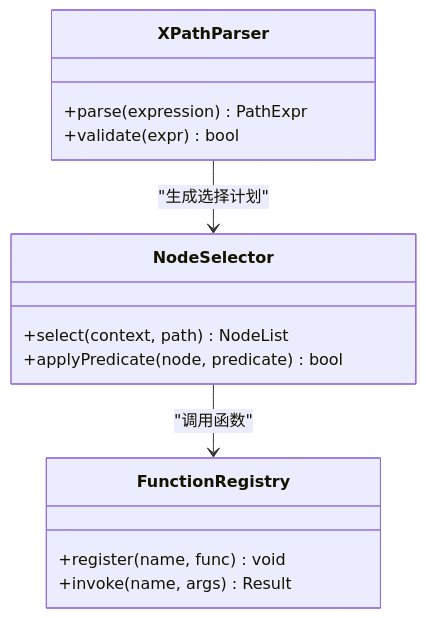
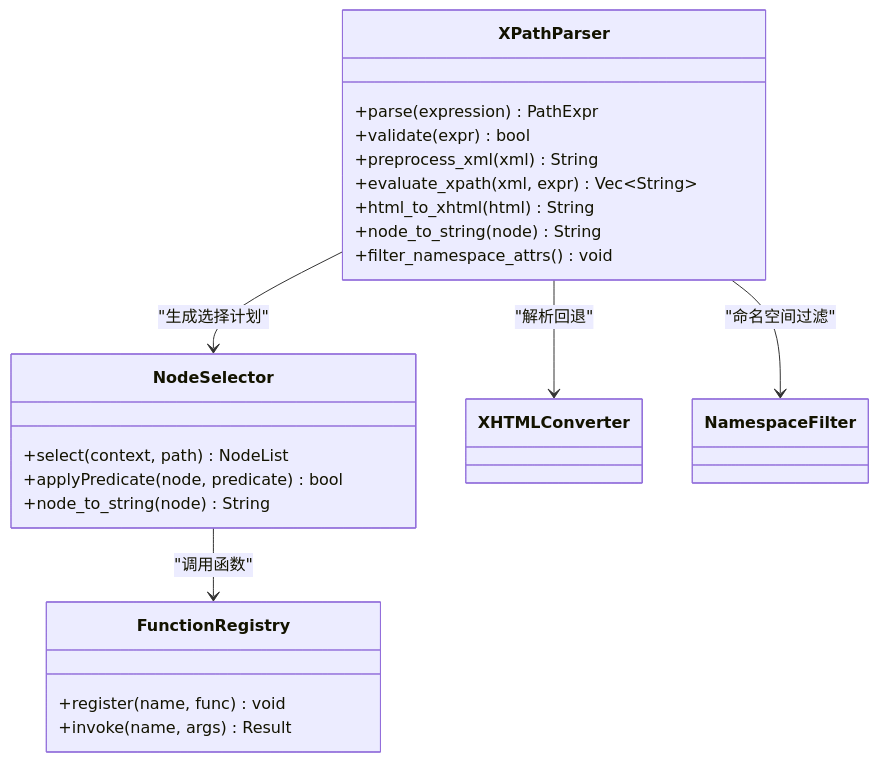
The fourth of 9 diagrams in .qoder/repowiki/zh/content/Rust核心库/解析引擎/HTML解析器.md (ZhangGHGitHub/LegadoTeamFlutter), drawn with Mermaid before and after one commit. The commit also changed other lines of this file and 173 other files, not shown here.

````diff
--- a/.qoder/repowiki/zh/content/Rust核心库/解析引擎/HTML解析器.md
+++ b/.qoder/repowiki/zh/content/Rust核心库/解析引擎/HTML解析器.md
@@ -170,17 +231,25 @@
 ```mermaid
 classDiagram
 class XPathParser {
 +parse(expression) PathExpr
 +validate(expr) bool
++preprocess_xml(xml) String
++evaluate_xpath(xml, expr) Vec~String~
++html_to_xhtml(html) String
++node_to_string(node) String
++filter_namespace_attrs() void
 }
 class NodeSelector {
 +select(context, path) NodeList
 +applyPredicate(node, predicate) bool
++node_to_string(node) String
 }
 class FunctionRegistry {
 +register(name, func) void
 +invoke(name, args) Result
 }
 XPathParser --> NodeSelector : "生成选择计划"
 NodeSelector --> FunctionRegistry : "调用函数"
+XPathParser --> XHTMLConverter : "解析回退"
+XPathParser --> NamespaceFilter : "命名空间过滤"
 ```
````
